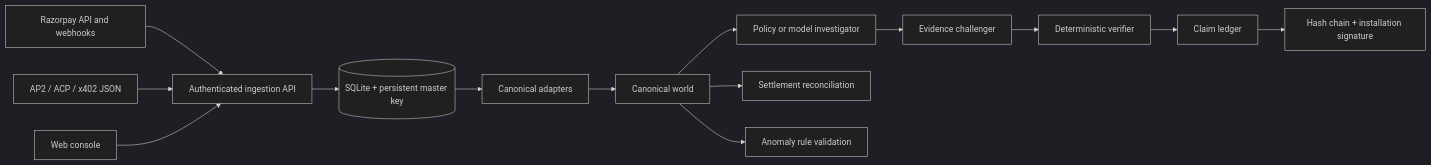
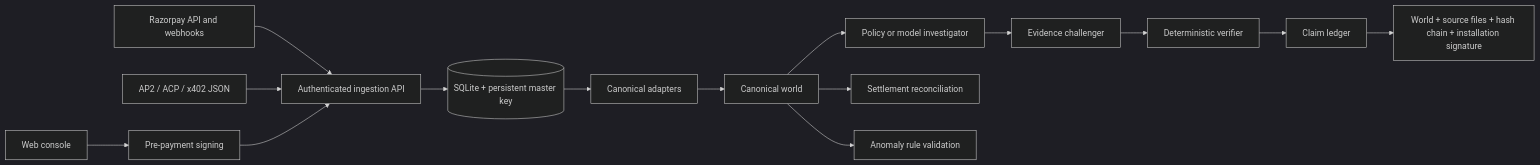
The second of 5 diagrams in docs/ARCHITECTURE.md (Afnanksalal/vera), drawn with Mermaid (dark theme) before and after one commit. The commit also changed other lines of this file and 36 other files, not shown here.

````diff
--- a/docs/ARCHITECTURE.md
+++ b/docs/ARCHITECTURE.md
@@ -69,16 +75,17 @@
 ```mermaid
 flowchart LR
   RZP[Razorpay API and webhooks] --> API[Authenticated ingestion API]
   EXT[AP2 / ACP / x402 JSON] --> API
-  UI[Web console] --> API
+  UI[Web console] --> PRE[Pre-payment signing]
+  PRE --> API
   API --> DB[(SQLite + persistent master key)]
   DB --> ADAPT[Canonical adapters]
   ADAPT --> WORLD[Canonical world]
   WORLD --> INV[Policy or model investigator]
   INV --> CHAL[Evidence challenger]
   CHAL --> VER[Deterministic verifier]
   VER --> CLAIMS[Claim ledger]
   WORLD --> MATCH[Settlement reconciliation]
   WORLD --> ANOM[Anomaly rule validation]
-  CLAIMS --> BUNDLE[Hash chain + installation signature]
+  CLAIMS --> BUNDLE[World + source files + hash chain + installation signature]
 ```
````
